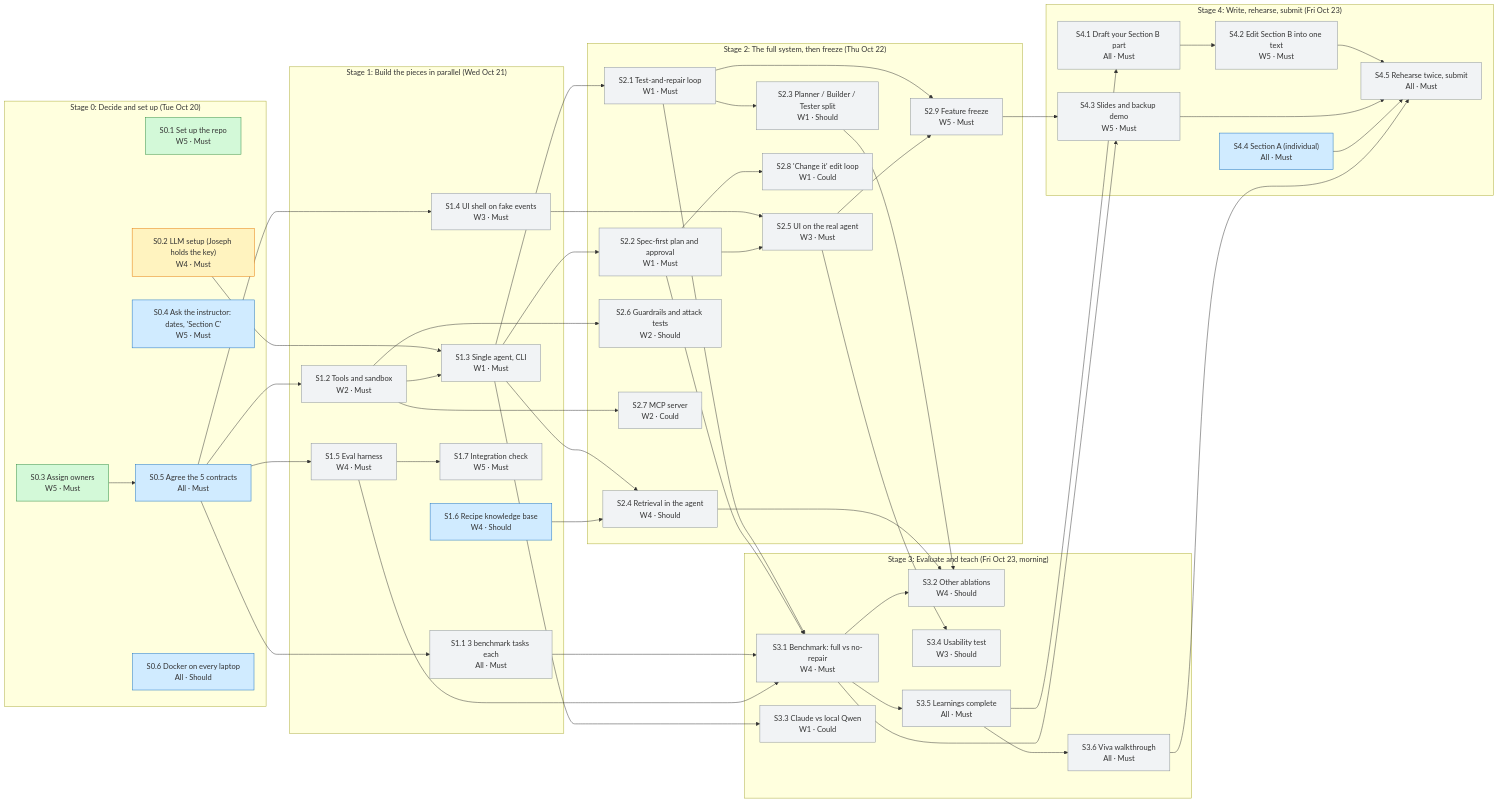
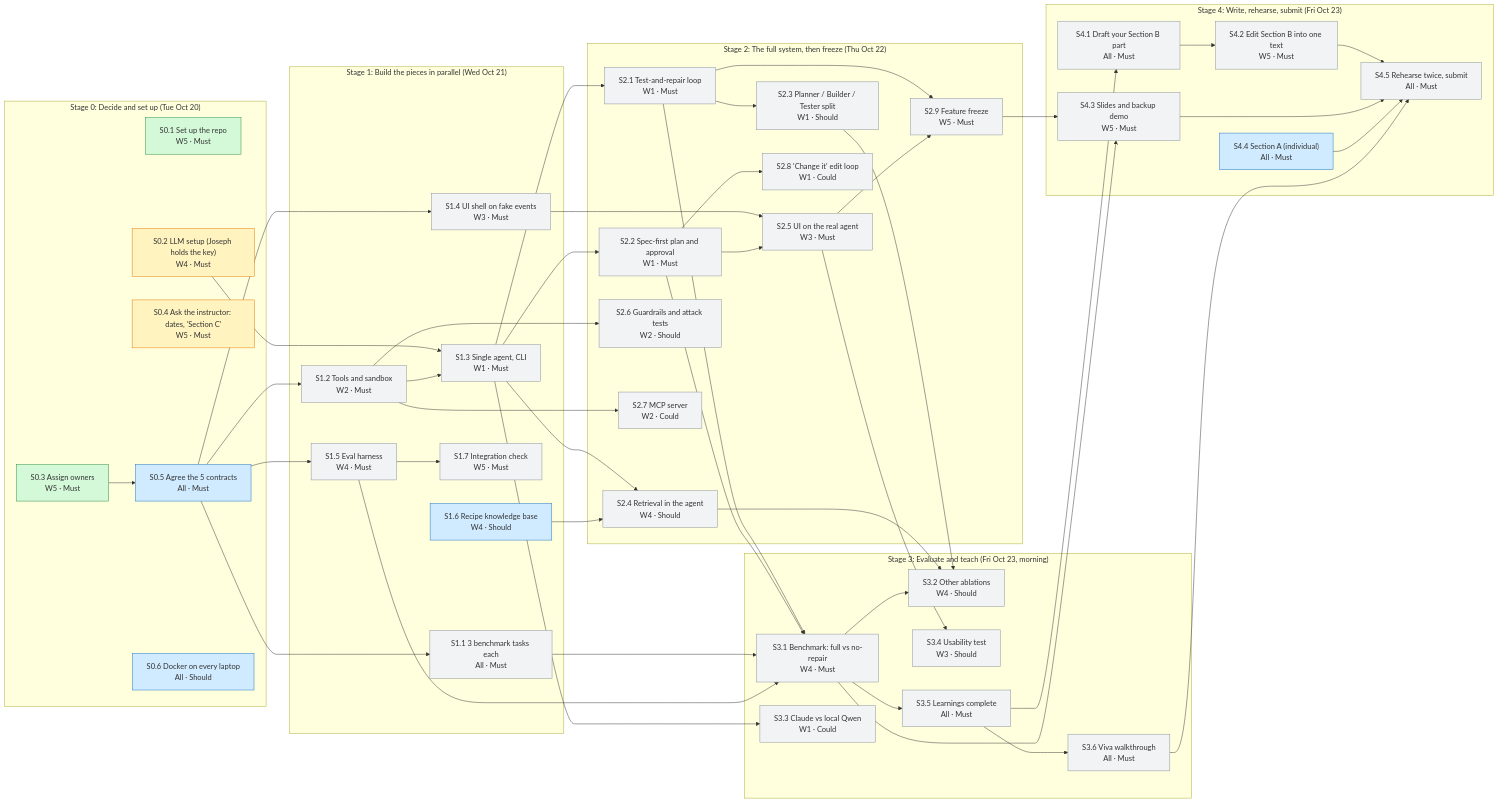
The diagram in docs/PLAN.md (ASU-MICS-2028/nlp-group-1-prosit-2), drawn with Mermaid before and after one commit. The commit also changed other lines of this file and 3 other files, not shown here.

```diff
--- a/docs/PLAN.md
+++ b/docs/PLAN.md
@@ -32,7 +32,7 @@
     S0_1["S0.1 Set up the repo<br/>W5 · Must"]:::done
     S0_2["S0.2 LLM setup (Joseph holds the key)<br/>W4 · Must"]:::doing
     S0_3["S0.3 Assign owners<br/>W5 · Must"]:::done
-    S0_4["S0.4 Ask the instructor: dates, 'Section C'<br/>W5 · Must"]:::ready
+    S0_4["S0.4 Ask the instructor: dates, 'Section C'<br/>W5 · Must"]:::doing
     S0_5["S0.5 Agree the 5 contracts<br/>All · Must"]:::ready
     S0_6["S0.6 Docker on every laptop<br/>All · Should"]:::ready
   end
```
